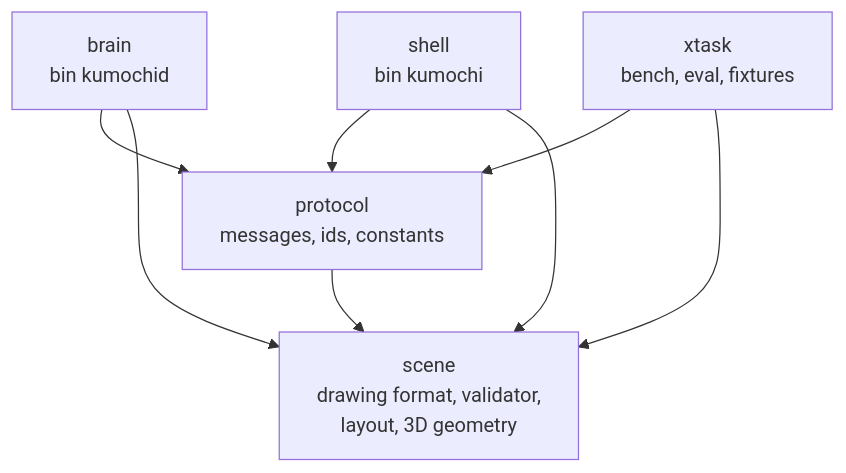
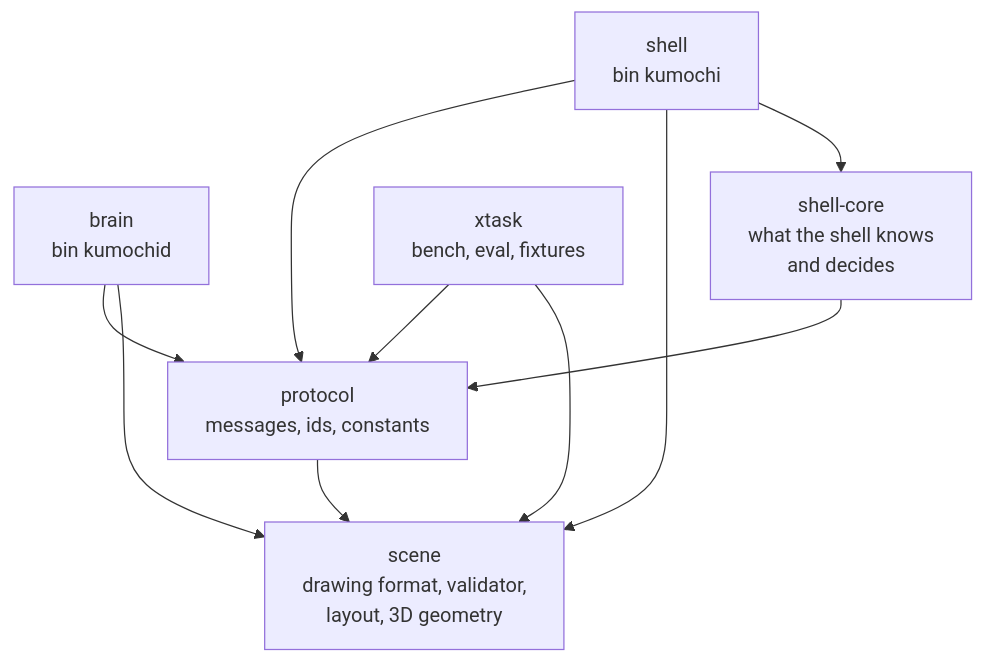
Before and after one commit to labcoder/capsula: the second of 7 diagrams in docs/development/architecture.md, drawn with Mermaid. The commit also changed other lines of this file and 18 other files, not shown here.

First line of the commit message:
build(shell-core): add the crate with the first plain models

````diff
--- a/docs/development/architecture.md
+++ b/docs/development/architecture.md
@@ -58,15 +58,18 @@
 ```mermaid
 flowchart TD
   protocol["protocol<br/>messages, ids, constants"]
   scene["scene<br/>drawing format, validator,<br/>layout, 3D geometry"]
   brain["brain<br/>bin kumochid"]
+  core["shell-core<br/>what the shell knows<br/>and decides"]
   shell["shell<br/>bin kumochi"]
   xtask["xtask<br/>bench, eval, fixtures"]
   brain --> protocol
   brain --> scene
   shell --> protocol
   shell --> scene
+  shell --> core
+  core --> protocol
   xtask --> protocol
   xtask --> scene
   protocol --> scene
 ```
````
